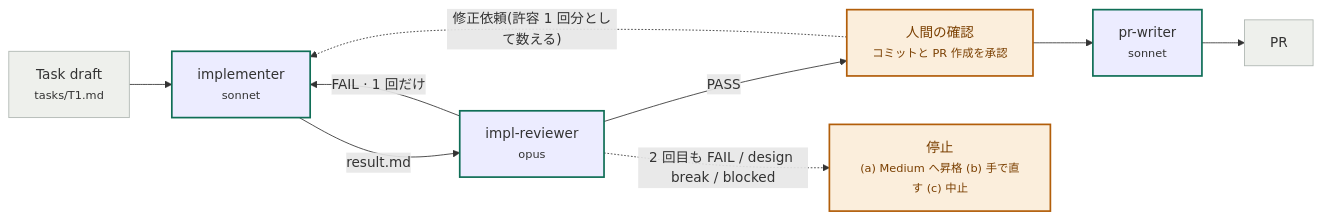
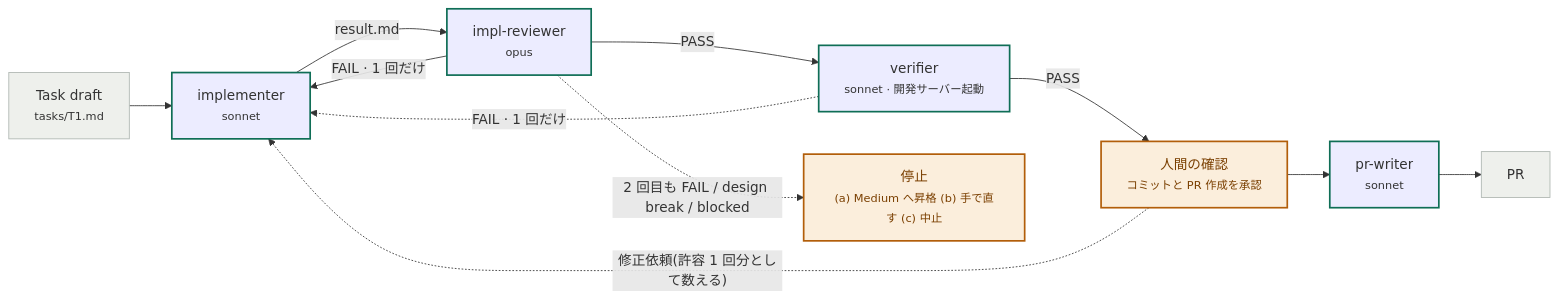
The sixth of 12 diagrams in docs/tama-cc-devflow.md (tamashiro-syuta/tama-cc-kit), drawn with Mermaid before and after one commit. The commit also changed other lines of this file and 17 other files, not shown here.

````diff
--- a/docs/tama-cc-devflow.md
+++ b/docs/tama-cc-devflow.md
@@ -313,20 +329,22 @@
 ```mermaid
 flowchart LR
     classDef agent stroke:#0f6e56,stroke-width:2px
     classDef human fill:#fbeedc,stroke:#b25e0a,stroke-width:2px,color:#7a3f00
     classDef plain fill:#eef0ec,stroke:#aeb6b1
 
     draft["Task draft<br/><small>tasks/T1.md</small>"]:::plain
     impl["implementer<br/><small>sonnet</small>"]:::agent
     review["impl-reviewer<br/><small>opus</small>"]:::agent
     human["人間の確認<br/><small>コミットと PR 作成を承認</small>"]:::human
+    verify["verifier<br/><small>sonnet · 開発サーバー起動</small>"]:::agent
     prw["pr-writer<br/><small>sonnet</small>"]:::agent
     pr[PR]:::plain
     stop["停止<br/><small>(a) Medium へ昇格 (b) 手で直す (c) 中止</small>"]:::human
 
     draft --> impl -- result.md --> review
     review -- FAIL · 1 回だけ --> impl
-    review -- PASS --> human --> prw --> pr
+    review -- PASS --> verify -- PASS --> human --> prw --> pr
+    verify -. "FAIL · 1 回だけ" .-> impl
     human -. "修正依頼(許容 1 回分として数える)" .-> impl
     review -. "2 回目も FAIL / design break / blocked" .-> stop
 ```
````
